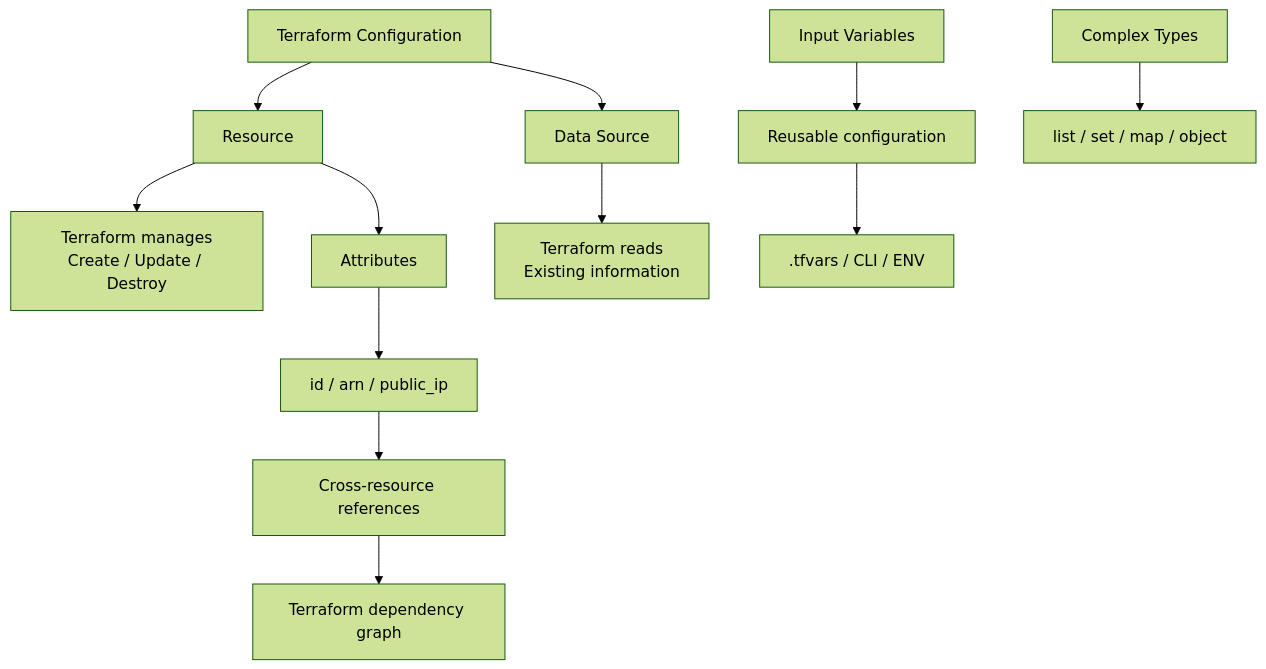
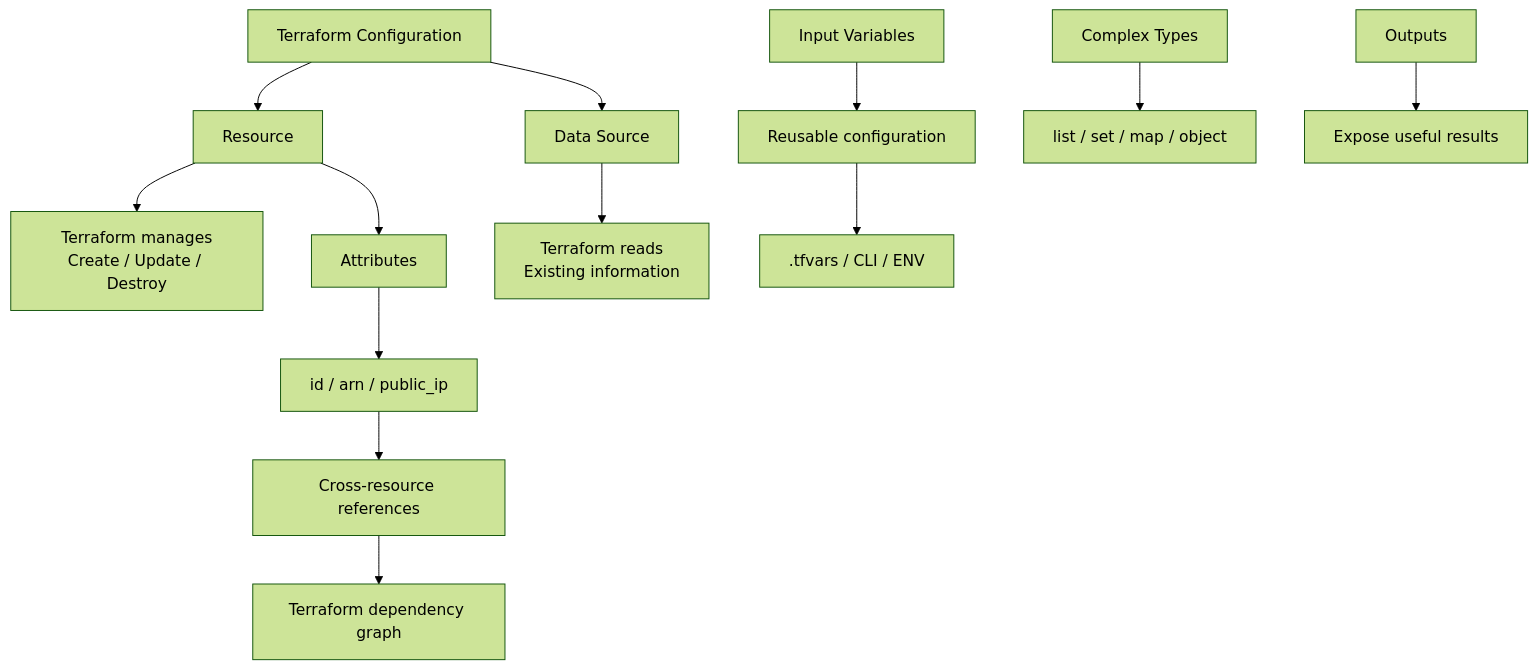
The second of 2 diagrams in notes/04-domain4a-resources-variables-types.md (msdeepak052/Terraform_Concepts), drawn with Mermaid (forest theme) before and after one commit. The commit also changed other lines of this file, not shown here.

````diff
--- a/notes/04-domain4a-resources-variables-types.md
+++ b/notes/04-domain4a-resources-variables-types.md
@@ -1165,19 +1671,21 @@
-```mermaid id="j8x4qa"
+```mermaid
 flowchart TD
     A["Terraform Configuration"] --> B["Resource"]
     A --> C["Data Source"]
 
     B --> D["Terraform manages<br/>Create / Update / Destroy"]
     C --> E["Terraform reads<br/>Existing information"]
 
     B --> F["Attributes"]
     F --> G["id / arn / public_ip"]
 
     G --> H["Cross-resource references"]
     H --> I["Terraform dependency graph"]
 
     J["Input Variables"] --> K["Reusable configuration"]
     K --> L[".tfvars / CLI / ENV"]
 
     M["Complex Types"] --> N["list / set / map / object"]
+
+    O["Outputs"] --> P["Expose useful results"]
 ```
````
